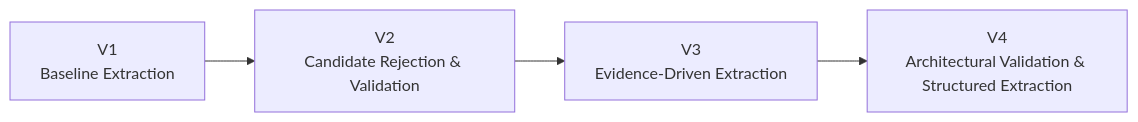
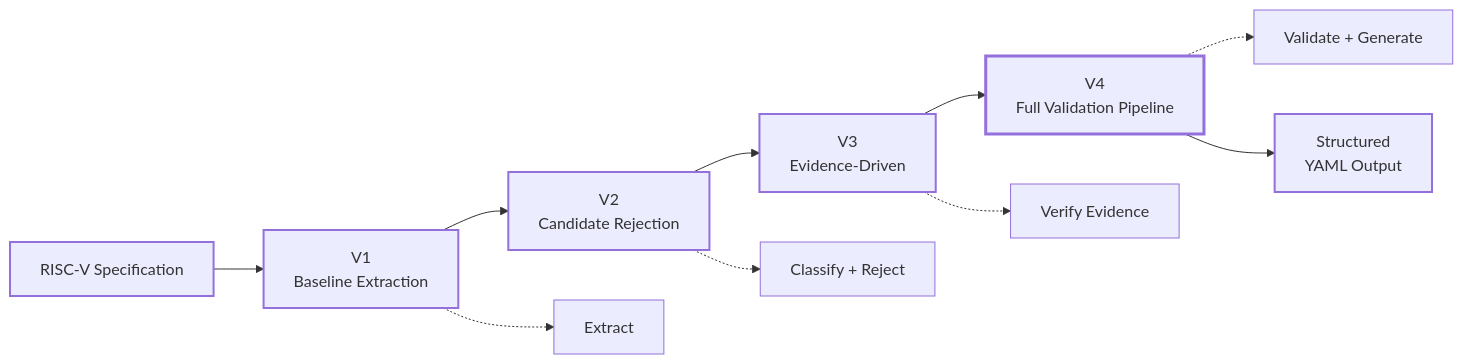
One commit to Waleed99i/RISCV-Architectural-Parameters-Extraction changed the first of 2 diagrams in README.md. Above: the diagram before and after it, drawn with Mermaid. The commit also changed other lines of this file, not shown here.

````diff
--- a/README.md
+++ b/README.md
@@ -28,9 +32,21 @@
 ```mermaid
 flowchart LR
-    V1["V1<br/>Baseline Extraction"]
-    V2["V2<br/>Candidate Rejection & Validation"]
-    V3["V3<br/>Evidence-Driven Extraction"]
-    V4["V4<br/>Architectural Validation & Structured Extraction"]
+    A["RISC-V Specification"] --> V1["V1<br/>Baseline Extraction"]
+    V1 --> V2["V2<br/>Candidate Rejection"]
+    V2 --> V3["V3<br/>Evidence-Driven"]
+    V3 --> V4["V4<br/>Full Validation Pipeline"]
 
-    V1 --> V2 --> V3 --> V4
+    V1 -.-> B1["Extract"]
+    V2 -.-> B2["Classify + Reject"]
+    V3 -.-> B3["Verify Evidence"]
+    V4 -.-> B4["Validate + Generate"]
+
+    V4 --> OUT["Structured<br/>YAML Output"]
+
+    style A stroke-width:2px
+    style V1 stroke-width:2px
+    style V2 stroke-width:2px
+    style V3 stroke-width:2px
+    style V4 stroke-width:3px
+    style OUT stroke-width:2px
 ```
````
